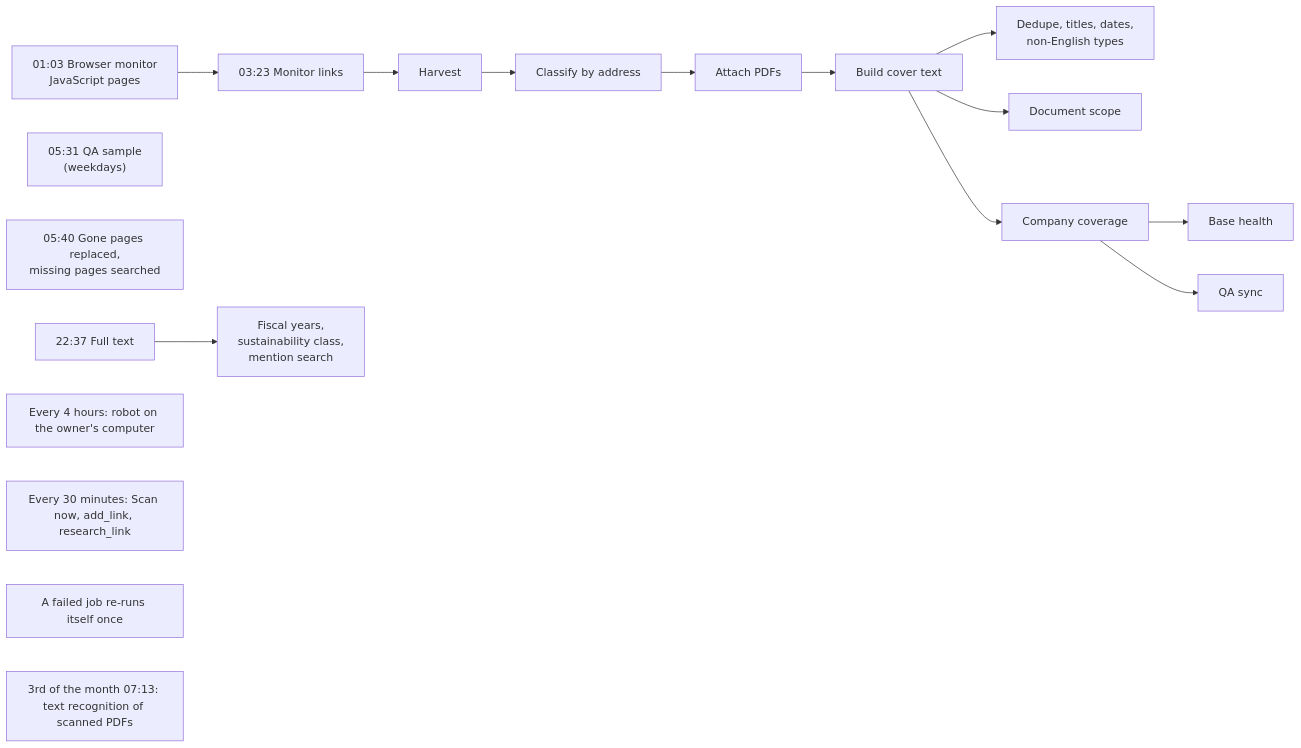
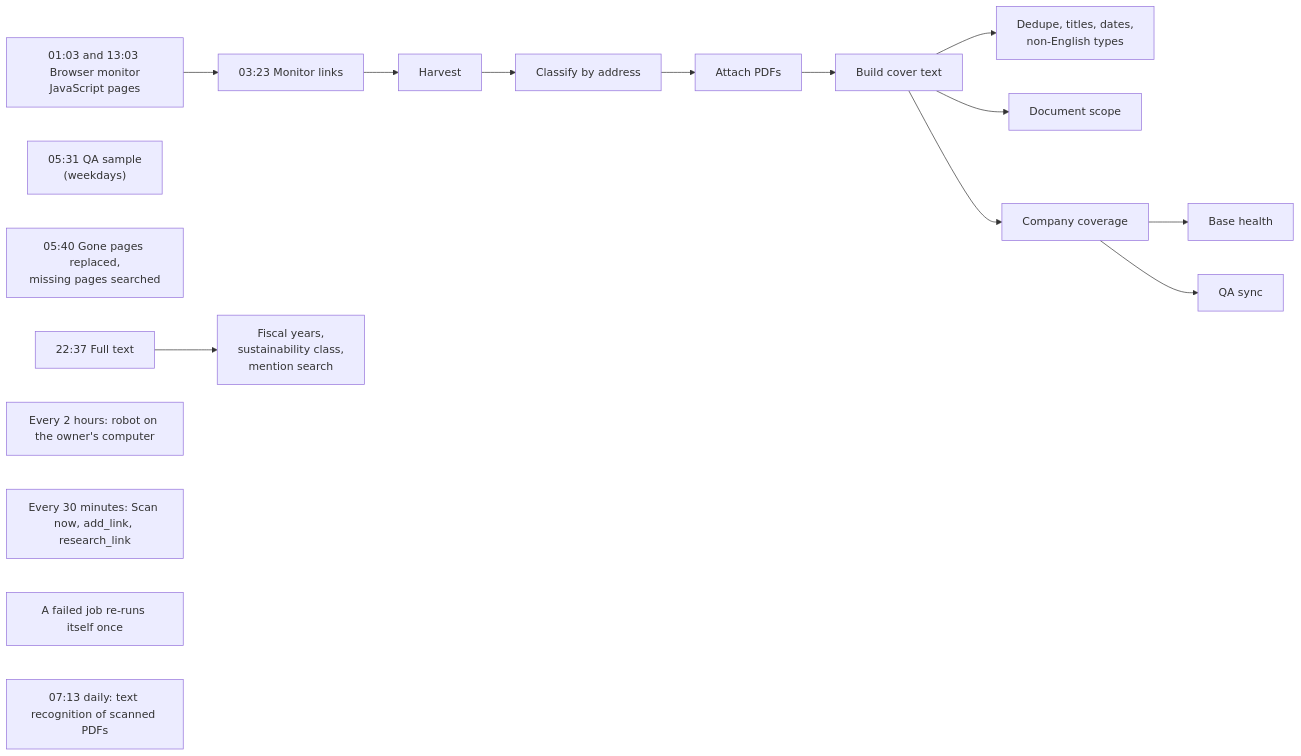
Before and after one commit to led2192/wba-link-monitor: the third of 11 diagrams in docs/diagrams.md, drawn with Mermaid. The commit also changed other lines of this file and 12 other files, not shown here.

First line of the commit message:
Run the backlog jobs more often: browser monitor twice a day, OCR daily with fresh attachment links

````diff
--- a/docs/diagrams.md
+++ b/docs/diagrams.md
@@ -71,17 +71,17 @@
 ```mermaid
 flowchart LR
-  T1["01:03 Browser monitor<br/>JavaScript pages"] --> T2["03:23 Monitor links"]
+  T1["01:03 and 13:03 Browser monitor<br/>JavaScript pages"] --> T2["03:23 Monitor links"]
   T2 --> T3["Harvest"] --> T4["Classify by address"] --> T5["Attach PDFs"] --> T6["Build cover text"]
   T6 --> T7["Dedupe, titles, dates,<br/>non-English types"]
   T6 --> T8["Document scope"]
   T6 --> T9["Company coverage"]
   T9 --> T10["Base health"]
   T9 --> T11["QA sync"]
   T12["05:31 QA sample<br/>(weekdays)"]
   T13["05:40 Gone pages replaced,<br/>missing pages searched"]
   T14["22:37 Full text"] --> T15["Fiscal years,<br/>sustainability class,<br/>mention search"]
-  T16["Every 4 hours: robot on the owner's computer"]
+  T16["Every 2 hours: robot on the owner's computer"]
   T17["Every 30 minutes: Scan now, add_link, research_link"]
   T18["A failed job re-runs itself once"]
-  T19["3rd of the month 07:13: text recognition of scanned PDFs"]
+  T19["07:13 daily: text recognition of scanned PDFs"]
 ```
````
